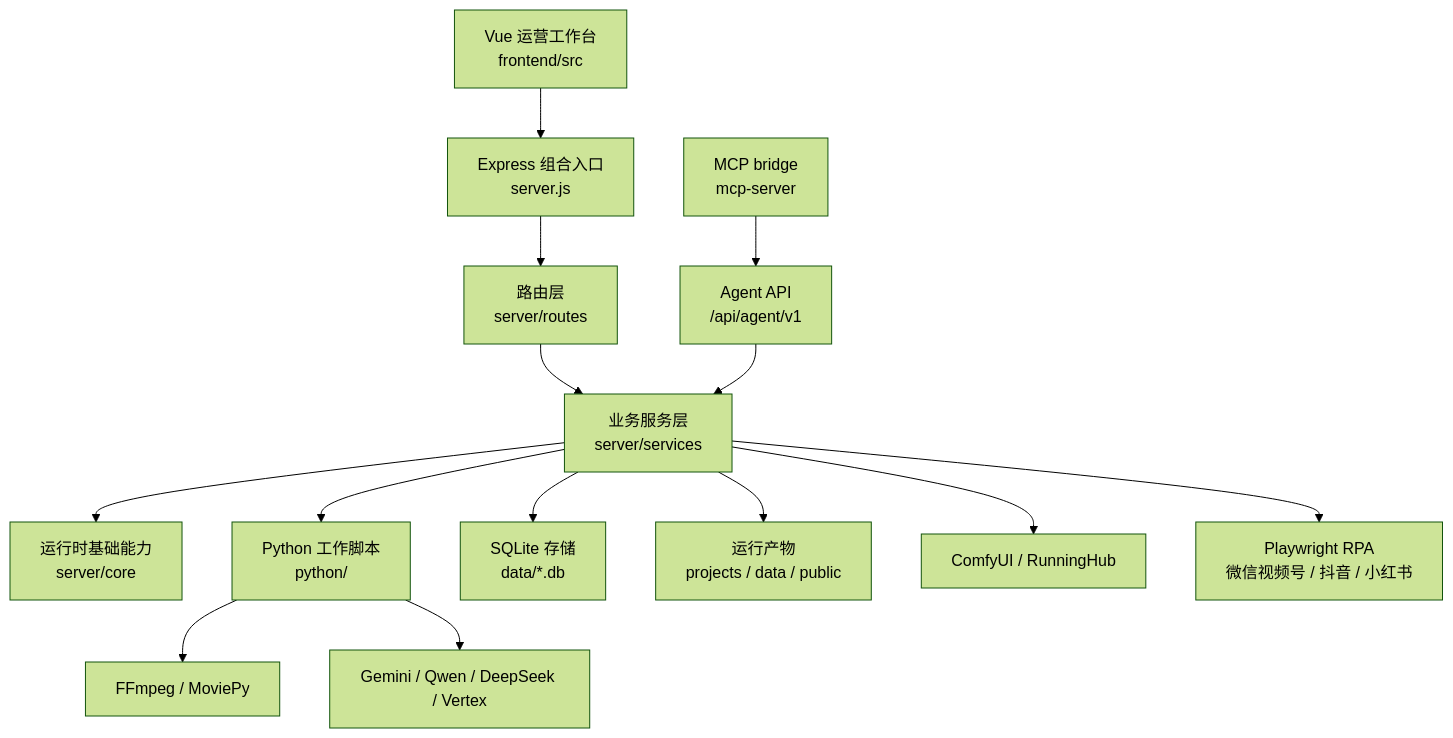
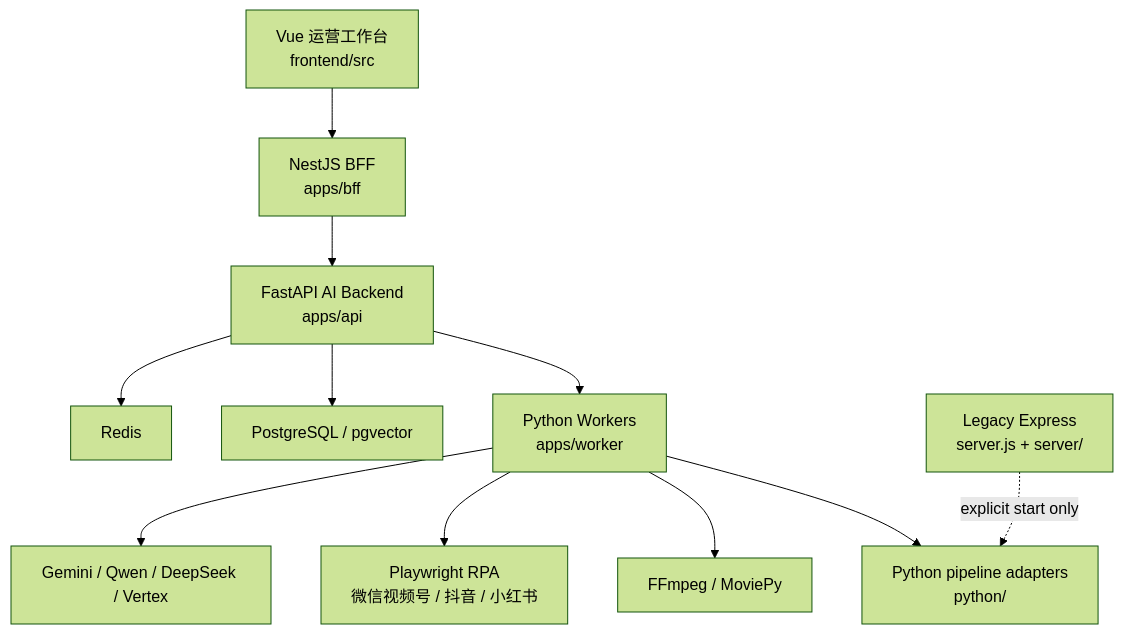
Before and after one commit to HQAmenghen/TrendCut-Studio: the second of 2 diagrams in README.md, drawn with Mermaid (forest theme). The commit also changed other lines of this file and 9 other files, not shown here.

````diff
--- a/README.md
+++ b/README.md
@@ -62,16 +62,13 @@
 ```mermaid
 flowchart TB
-  UI["Vue 运营工作台<br/>frontend/src"] --> API["Express 组合入口<br/>server.js"]
-  API --> Routes["路由层<br/>server/routes"]
-  Routes --> Services["业务服务层<br/>server/services"]
-  Services --> Core["运行时基础能力<br/>server/core"]
-  Services --> Py["Python 工作脚本<br/>python/"]
-  Services --> DB["SQLite 存储<br/>data/*.db"]
-  Services --> Files["运行产物<br/>projects / data / public"]
-  Py --> FFmpeg["FFmpeg / MoviePy"]
-  Py --> LLM["Gemini / Qwen / DeepSeek / Vertex"]
-  Services --> Comfy["ComfyUI / RunningHub"]
-  Services --> RPA["Playwright RPA<br/>微信视频号 / 抖音 / 小红书"]
-  MCP["MCP bridge<br/>mcp-server"] --> AgentAPI["Agent API<br/>/api/agent/v1"]
-  AgentAPI --> Services
+  UI["Vue 运营工作台<br/>frontend/src"] --> BFF["NestJS BFF<br/>apps/bff"]
+  BFF --> API["FastAPI AI Backend<br/>apps/api"]
+  API --> Worker["Python Workers<br/>apps/worker"]
+  API --> Pg["PostgreSQL / pgvector"]
+  API --> Redis["Redis"]
+  Worker --> Py["Python pipeline adapters<br/>python/"]
+  Worker --> FFmpeg["FFmpeg / MoviePy"]
+  Worker --> RPA["Playwright RPA<br/>微信视频号 / 抖音 / 小红书"]
+  Worker --> LLM["Gemini / Qwen / DeepSeek / Vertex"]
+  Legacy["Legacy Express<br/>server.js + server/"] -. explicit start only .-> Py
 ```
````
